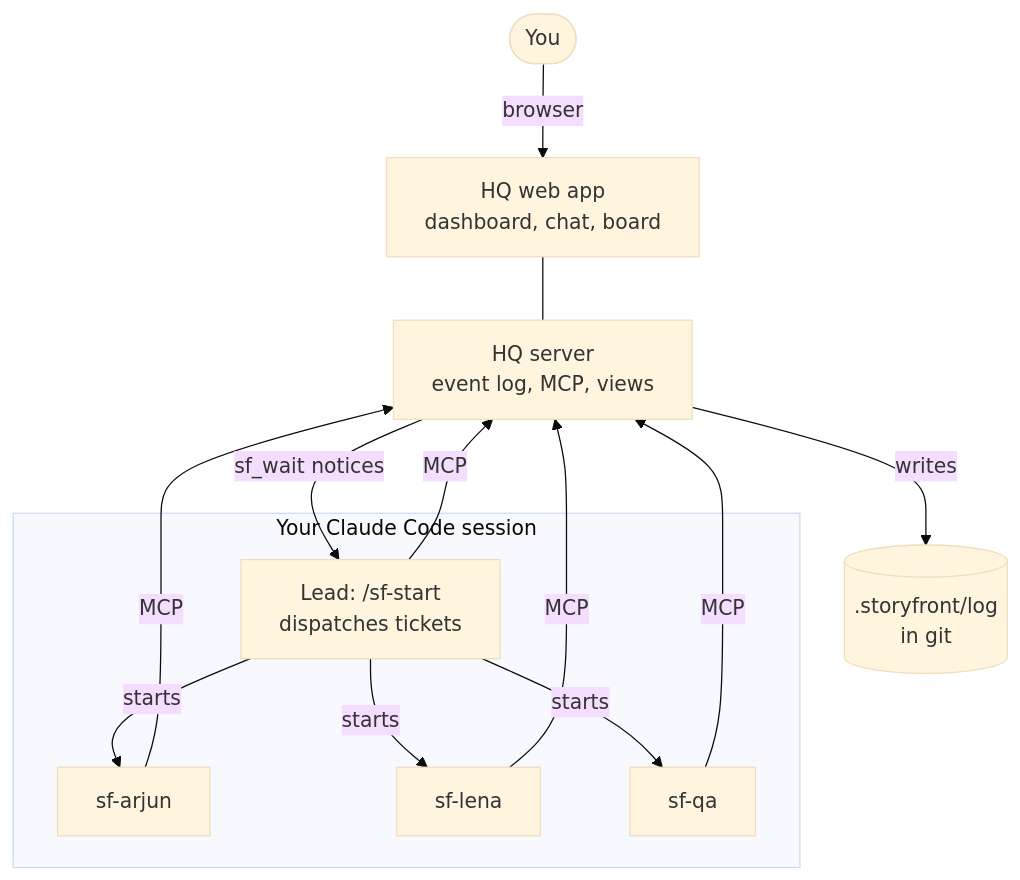
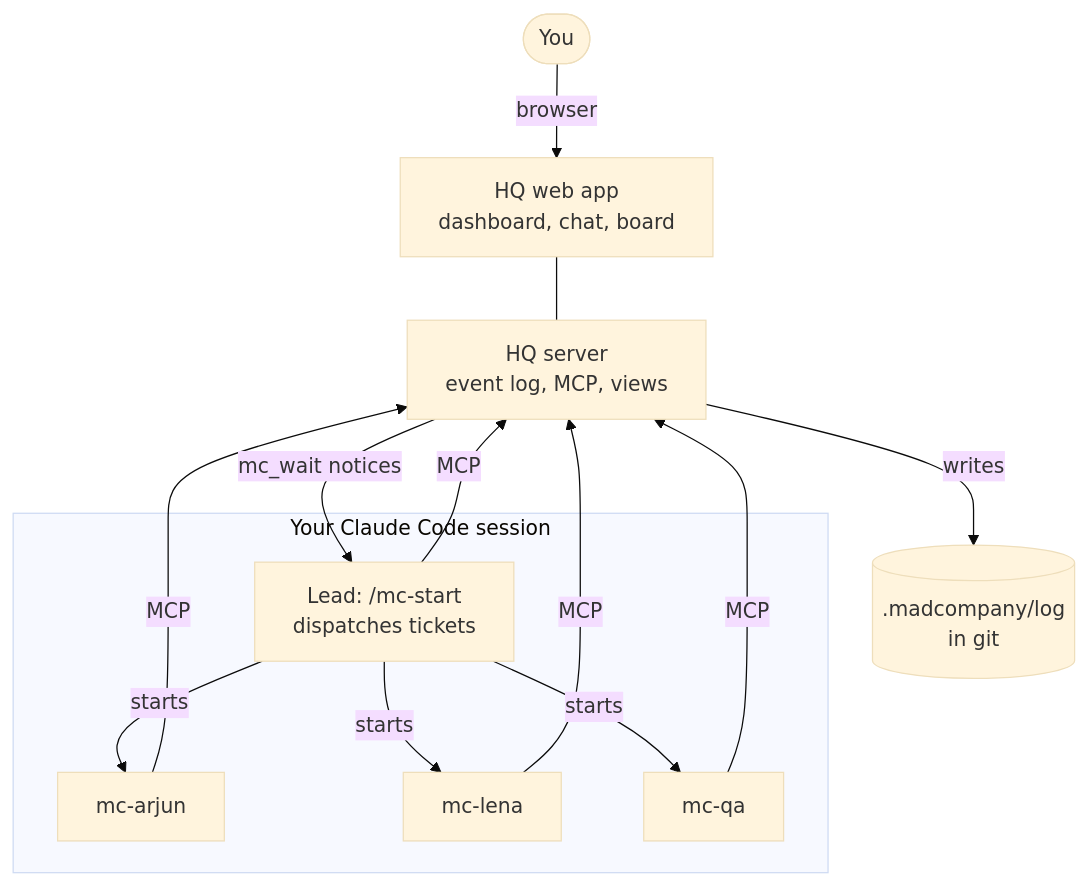
One commit to lokkrish/madcompany changed the second of 2 diagrams in docs/SPEC.md. Above: the diagram before and after it, drawn with Mermaid (base theme). The commit also changed other lines of this file and 60 other files, not shown here.

First line of the commit message:
Rename Storyfront to madcompany

````diff
--- a/docs/SPEC.md
+++ b/docs/SPEC.md
@@ -289,20 +289,20 @@
 ```mermaid
 flowchart TB
   you([You]) -- browser --> ui[HQ web app<br/>dashboard, chat, board]
   ui --- hq[HQ server<br/>event log, MCP, views]
   subgraph host[Your Claude Code session]
-    lead[Lead: /sf-start<br/>dispatches tickets]
-    be[sf-arjun]
-    mob[sf-lena]
-    qa[sf-qa]
+    lead[Lead: /mc-start<br/>dispatches tickets]
+    be[mc-arjun]
+    mob[mc-lena]
+    qa[mc-qa]
   end
-  hq -- sf_wait notices --> lead
+  hq -- mc_wait notices --> lead
   lead -- starts --> be
   lead -- starts --> mob
   lead -- starts --> qa
   lead -- MCP --> hq
   be -- MCP --> hq
   mob -- MCP --> hq
   qa -- MCP --> hq
-  hq -- writes --> files[(.storyfront/log<br/>in git)]
+  hq -- writes --> files[(.madcompany/log<br/>in git)]
 ```
````
